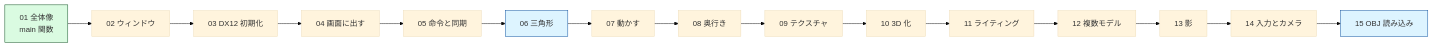
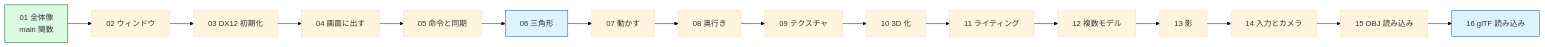
The diagram in docs/tutorial/README.md (Tomonorarari-Think/DirectX12Dev), drawn with Mermaid (base theme) before and after one commit. The commit also changed other lines of this file and 21 other files, not shown here.

````diff
--- a/docs/tutorial/README.md
+++ b/docs/tutorial/README.md
@@ -39,21 +40,22 @@
 ```mermaid
 flowchart LR
     A["01 全体像<br/>main 関数"] --> B["02 ウィンドウ"]
     B --> C["03 DX12 初期化"]
     C --> D["04 画面に出す"]
     D --> E["05 命令と同期"]
     E --> F["06 三角形"]
     F --> G["07 動かす"]
     G --> H["08 奥行き"]
     H --> I["09 テクスチャ"]
     I --> J["10 3D 化"]
     J --> K["11 ライティング"]
     K --> L["12 複数モデル"]
     L --> M["13 影"]
     M --> N["14 入力とカメラ"]
     N --> O["15 OBJ 読み込み"]
+    O --> P["16 glTF 読み込み"]
 
     style A fill:#dafbe1,stroke:#0d4f21
     style F fill:#ddf4ff,stroke:#0a4f9e
-    style O fill:#ddf4ff,stroke:#0a4f9e
+    style P fill:#ddf4ff,stroke:#0a4f9e
 ```
````
